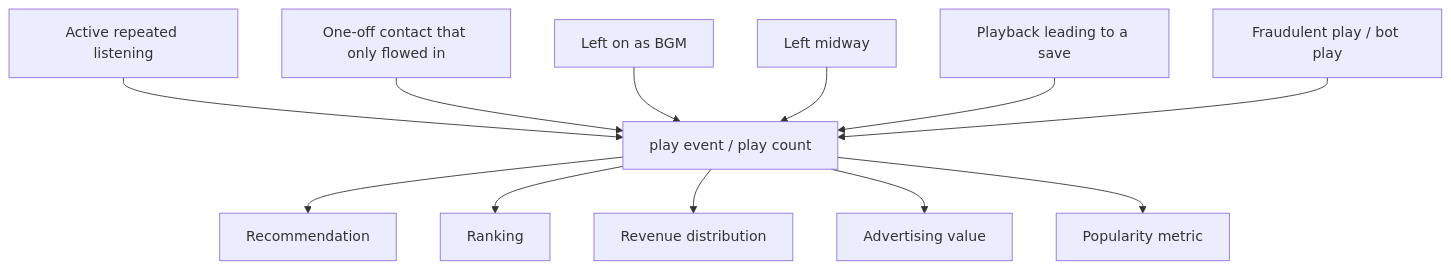
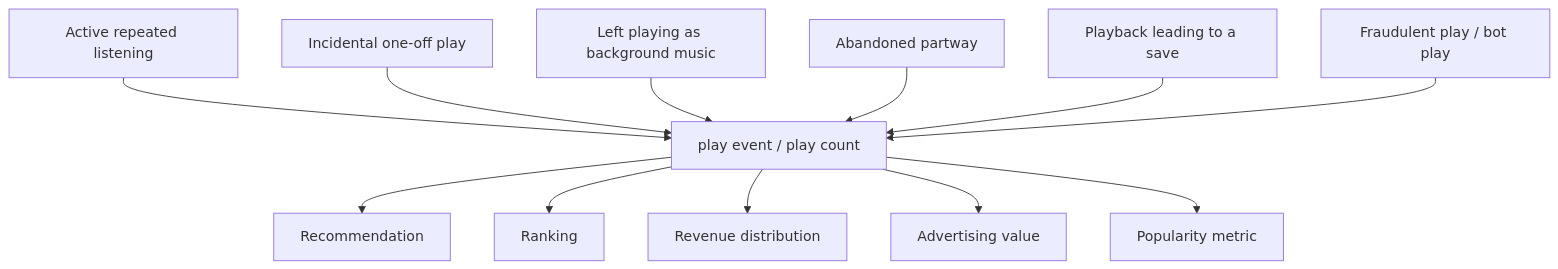
The first of 2 diagrams in reports/en/009_ai_slop_revenue_model.md (kuroam/hss-observation-reports), drawn with Mermaid before and after one commit. The commit also changed other lines of this file, not shown here.

````diff
--- a/reports/en/009_ai_slop_revenue_model.md
+++ b/reports/en/009_ai_slop_revenue_model.md
@@ -240,30 +240,30 @@
 ```mermaid
 flowchart TD
   A1[Active repeated listening]
-  A2[One-off contact that only flowed in]
-  A3[Left on as BGM]
-  A4[Left midway]
+  A2[Incidental one-off play]
+  A3[Left playing as background music]
+  A4[Abandoned partway]
   A5[Playback leading to a save]
   A6[Fraudulent play / bot play]
 
   P[play event / play count]
 
   B1[Recommendation]
   B2[Ranking]
   B3[Revenue distribution]
   B4[Advertising value]
   B5[Popularity metric]
 
   A1 --> P
   A2 --> P
   A3 --> P
   A4 --> P
   A5 --> P
   A6 --> P
 
   P --> B1
   P --> B2
   P --> B3
   P --> B4
   P --> B5
 ```
````
